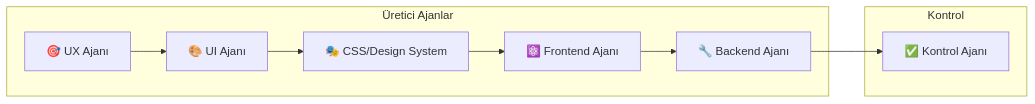
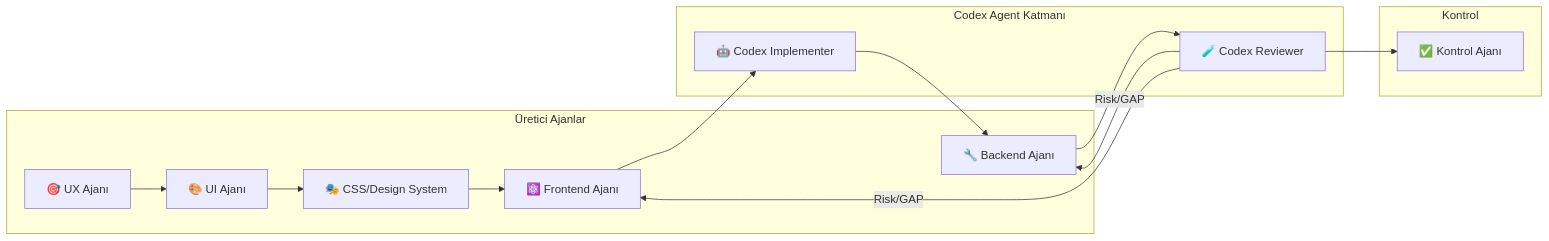
One commit to arslanibrahim95/prosektorweb_dashboard changed the first of 6 diagrams in docs/agents.md. Above: the diagram before and after it, drawn with Mermaid. The commit also changed other lines of this file and 1 other file, not shown here.

````diff
--- a/docs/agents.md
+++ b/docs/agents.md
@@ -105,16 +105,23 @@
 ```mermaid
 flowchart LR
     subgraph Producers["Üretici Ajanlar"]
         UX["🎯 UX Ajanı"]
         UI["🎨 UI Ajanı"]
         CSS["🎭 CSS/Design System"]
         FE["⚛️ Frontend Ajanı"]
         BE["🔧 Backend Ajanı"]
     end
+
+    subgraph Codex["Codex Agent Katmanı"]
+        CXI["🤖 Codex Implementer"]
+        CXR["🧪 Codex Reviewer"]
+    end
     
     subgraph Control["Kontrol"]
         QA["✅ Kontrol Ajanı"]
     end
     
-    UX --> UI --> CSS --> FE --> BE --> QA
+    UX --> UI --> CSS --> FE --> CXI --> BE --> CXR --> QA
+    CXR -->|Risk/GAP| FE
+    CXR -->|Risk/GAP| BE
 ```
````
